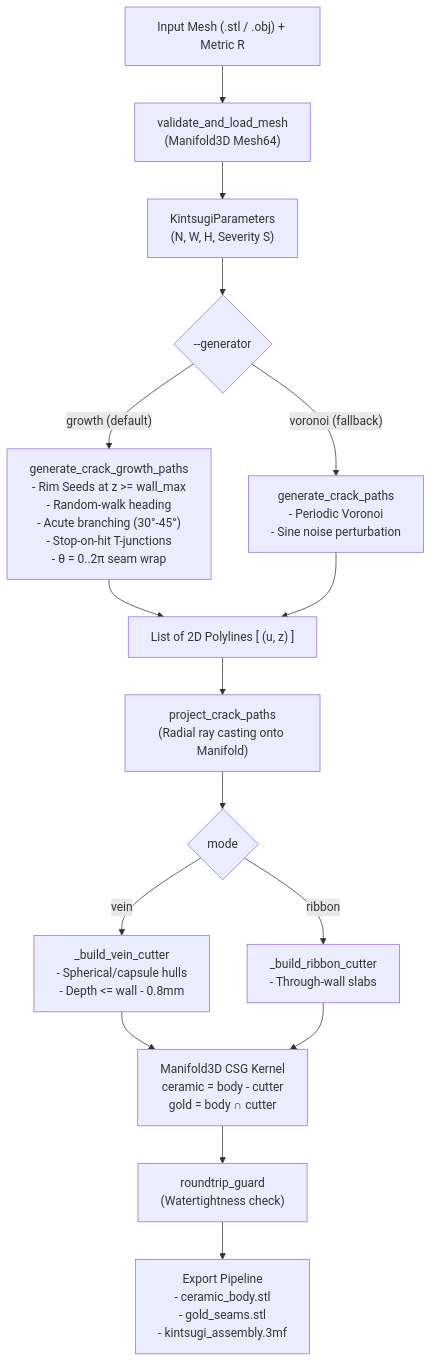
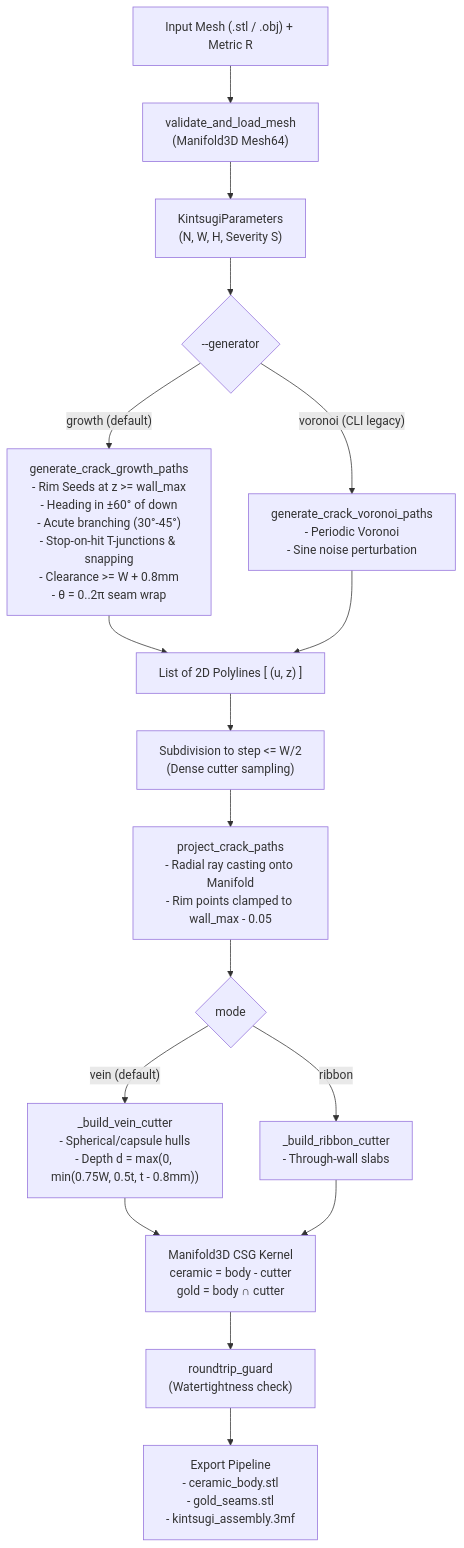
Before and after one commit to slowbutfast/kintsugi-fracture: the diagram in openspec/changes/kintsugi-crack-growth/architecture.md, drawn with Mermaid. The commit also changed other lines of this file and 7 other files, not shown here.

Commit message:
docs(openspec): refine kintsugi-crack-growth artifacts per review feedback

````diff
--- a/openspec/changes/kintsugi-crack-growth/architecture.md
+++ b/openspec/changes/kintsugi-crack-growth/architecture.md
@@ -13,20 +13,21 @@
 ```mermaid
 flowchart TD
     A["Input Mesh (.stl / .obj) + Metric R"] --> B["validate_and_load_mesh<br/>(Manifold3D Mesh64)"]
     B --> C["KintsugiParameters<br/>(N, W, H, Severity S)"]
     
     C --> D{"--generator"}
-    D -->|"growth (default)"| E["generate_crack_growth_paths<br/>- Rim Seeds at z >= wall_max<br/>- Random-walk heading<br/>- Acute branching (30°-45°)<br/>- Stop-on-hit T-junctions<br/>- θ = 0..2π seam wrap"]
-    D -->|"voronoi (fallback)"| F["generate_crack_paths<br/>- Periodic Voronoi<br/>- Sine noise perturbation"]
+    D -->|"growth (default)"| E["generate_crack_growth_paths<br/>- Rim Seeds at z >= wall_max<br/>- Heading in ±60° of down<br/>- Acute branching (30°-45°)<br/>- Stop-on-hit T-junctions & snapping<br/>- Clearance >= W + 0.8mm<br/>- θ = 0..2π seam wrap"]
+    D -->|"voronoi (CLI legacy)"| F["generate_crack_voronoi_paths<br/>- Periodic Voronoi<br/>- Sine noise perturbation"]
     
     E & F --> G["List of 2D Polylines [ (u, z) ]"]
-    G --> H["project_crack_paths<br/>(Radial ray casting onto Manifold)"]
-    H --> I{"mode"}
+    G --> H["Subdivision to step <= W/2<br/>(Dense cutter sampling)"]
+    H --> I["project_crack_paths<br/>- Radial ray casting onto Manifold<br/>- Rim points clamped to wall_max - 0.05"]
+    I --> J{"mode"}
     
-    I -->|"vein"| J["_build_vein_cutter<br/>- Spherical/capsule hulls<br/>- Depth <= wall - 0.8mm"]
-    I -->|"ribbon"| K["_build_ribbon_cutter<br/>- Through-wall slabs"]
+    J -->|"vein (default)"| K["_build_vein_cutter<br/>- Spherical/capsule hulls<br/>- Depth d = max(0, min(0.75W, 0.5t, t - 0.8mm))"]
+    J -->|"ribbon"| L["_build_ribbon_cutter<br/>- Through-wall slabs"]
     
-    J & K --> L["Manifold3D CSG Kernel<br/>ceramic = body - cutter<br/>gold = body ∩ cutter"]
-    L --> M["roundtrip_guard<br/>(Watertightness check)"]
-    M --> N["Export Pipeline<br/>- ceramic_body.stl<br/>- gold_seams.stl<br/>- kintsugi_assembly.3mf"]
+    K & L --> M["Manifold3D CSG Kernel<br/>ceramic = body - cutter<br/>gold = body ∩ cutter"]
+    M --> N["roundtrip_guard<br/>(Watertightness check)"]
+    N --> O["Export Pipeline<br/>- ceramic_body.stl<br/>- gold_seams.stl<br/>- kintsugi_assembly.3mf"]
 ```
````
